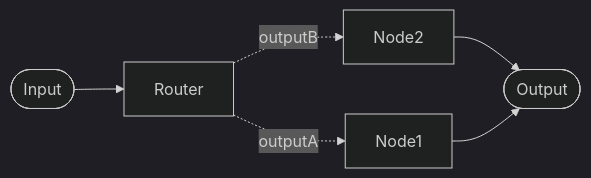
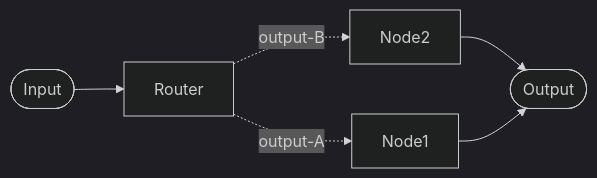
The diagram in docs/tech-hub/routers/llm_router.md (dimagi/open-chat-studio-docs), drawn with Mermaid (dark theme) before and after one commit. The commit also changed other lines of this file and 2 other files, not shown here.

Commit message:
Examples for Static router. Grammar fixes

````diff
--- a/docs/tech-hub/routers/llm_router.md
+++ b/docs/tech-hub/routers/llm_router.md
@@ -5,8 +5,8 @@
 ```mermaid
 flowchart LR
     start([Input]) --> Router
-    Router -.outputA.-> Node1
-    Router -.outputB.-> Node2
+    Router -.output-A.-> Node1
+    Router -.output-B.-> Node2
     Node2 --> out([Output])
     Node1 --> out([Output])
 ```
````
